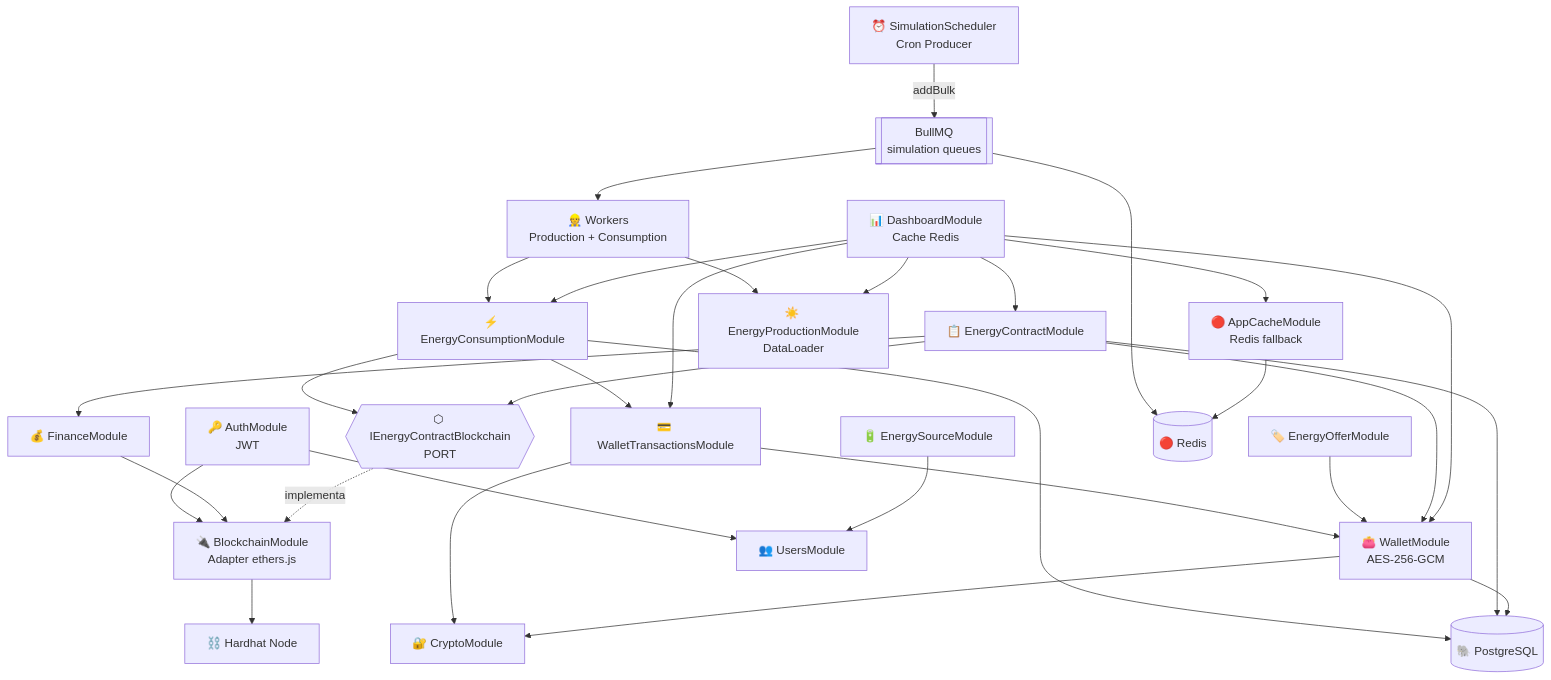
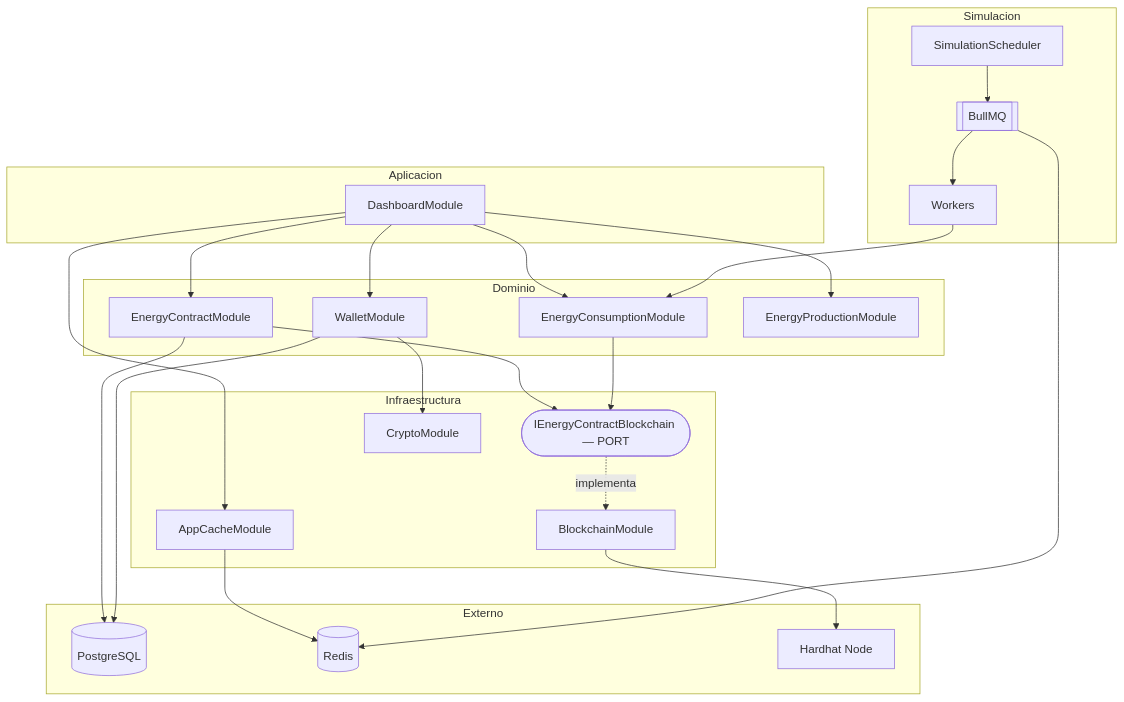
The second of 3 diagrams in README.md (desideriodr/blockchain-energia), drawn with Mermaid before and after one commit. The commit also changed other lines of this file, not shown here.

````diff
--- a/README.md
+++ b/README.md
@@ -81,54 +65,39 @@
 ```mermaid
 graph TD
-    Dashboard["📊 DashboardModule\nCache Redis"]
-    EContract["📋 EnergyContractModule"]
-    EConsumption["⚡ EnergyConsumptionModule"]
-    EOffer["🏷️ EnergyOfferModule"]
-    ESource["🔋 EnergySourceModule"]
-    EProd["☀️ EnergyProductionModule\nDataLoader"]
-    Wallet["👛 WalletModule\nAES-256-GCM"]
-    WalletTx["💳 WalletTransactionsModule"]
-    PORT{{"⬡ IEnergyContractBlockchain\nPORT"}}
-    Blockchain["🔌 BlockchainModule\nAdapter ethers.js"]
-    Cache["🔴 AppCacheModule\nRedis fallback"]
-    Crypto["🔐 CryptoModule"]
-    FinanceH["💰 FinanceModule"]
-    Auth["🔑 AuthModule\nJWT"]
-    Users["👥 UsersModule"]
-    Scheduler["⏰ SimulationScheduler\nCron Producer"]
-    Workers["👷 Workers\nProduction + Consumption"]
-    BullQ[["BullMQ\nsimulation queues"]]
-    PG[("🐘 PostgreSQL")]
-    Redis[("🔴 Redis")]
-    Hardhat["⛓️ Hardhat Node"]
-    Dashboard --> Wallet
-    Dashboard --> EProd
-    Dashboard --> EConsumption
-    Dashboard --> EContract
-    Dashboard --> WalletTx
-    Dashboard --> Cache
-    EContract --> PORT
-    EConsumption --> PORT
-    PORT -.->|implementa| Blockchain
-    EContract --> FinanceH
-    EContract --> Wallet
-    EConsumption --> WalletTx
-    EOffer --> Wallet
-    ESource --> Users
-    Wallet --> Crypto
-    WalletTx --> Wallet
-    WalletTx --> Crypto
-    FinanceH --> Blockchain
-    Auth --> Users
-    Auth --> Blockchain
-    Scheduler -->|"addBulk"| BullQ
-    BullQ --> Workers
-    Workers --> EConsumption
-    Workers --> EProd
-    Blockchain --> Hardhat
-    Wallet --> PG
-    EContract --> PG
-    EConsumption --> PG
-    Cache --> Redis
-    BullQ --> Redis
+    subgraph Aplicacion["Aplicacion"]
+        D["DashboardModule"]
+    end
+
+    subgraph Dominio["Dominio"]
+        EC["EnergyContractModule"]
+        ECO["EnergyConsumptionModule"]
+        W["WalletModule"]
+        EP["EnergyProductionModule"]
+    end
+
+    subgraph Infraestructura["Infraestructura"]
+        PORT(["IEnergyContractBlockchain — PORT"])
+        BC["BlockchainModule"]
+        CA["AppCacheModule"]
+        CR["CryptoModule"]
+    end
+
+    subgraph Simulacion["Simulacion"]
+        SC["SimulationScheduler"] --> BQ[["BullMQ"]] --> WK["Workers"]
+    end
+
+    subgraph Externo["Externo"]
+        PG[("PostgreSQL")]
+        RD[("Redis")]
+        HH["Hardhat Node"]
+    end
+
+    D --> EC & ECO & EP & W & CA
+    EC & ECO --> PORT
+    PORT -.->|implementa| BC
+    W --> CR
+    WK --> ECO
+    BC --> HH
+    EC & W --> PG
+    CA & BQ --> RD
 ```
````
